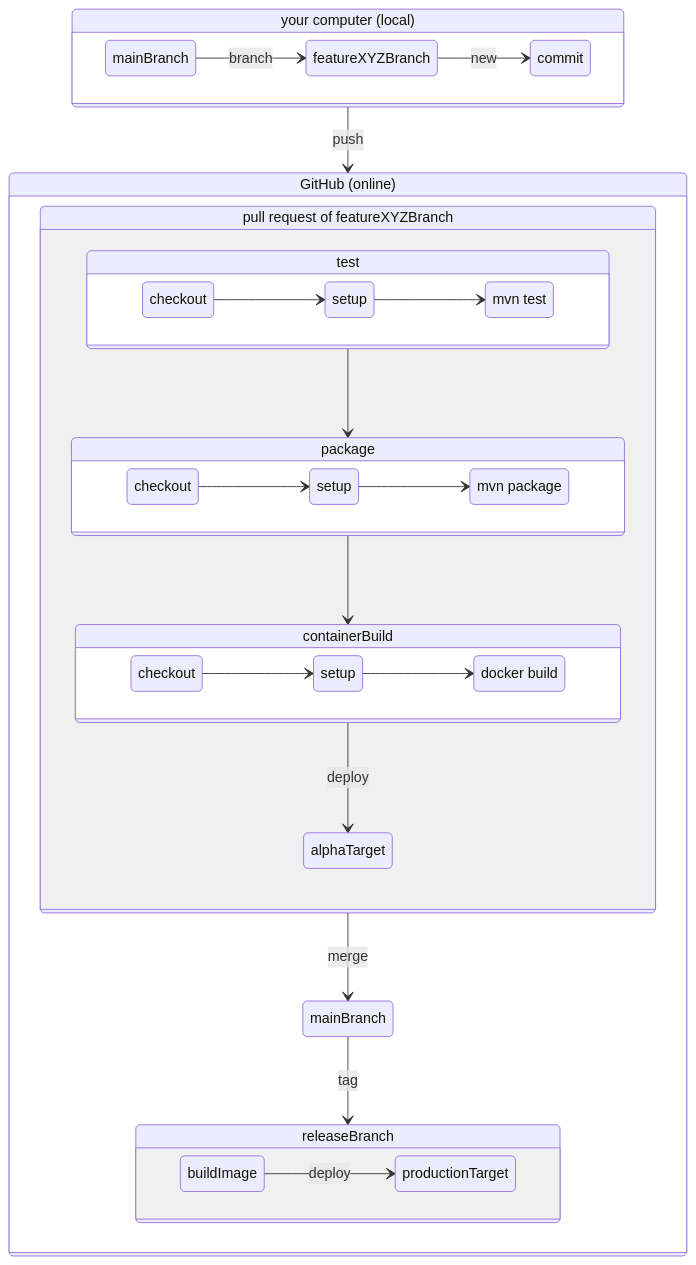
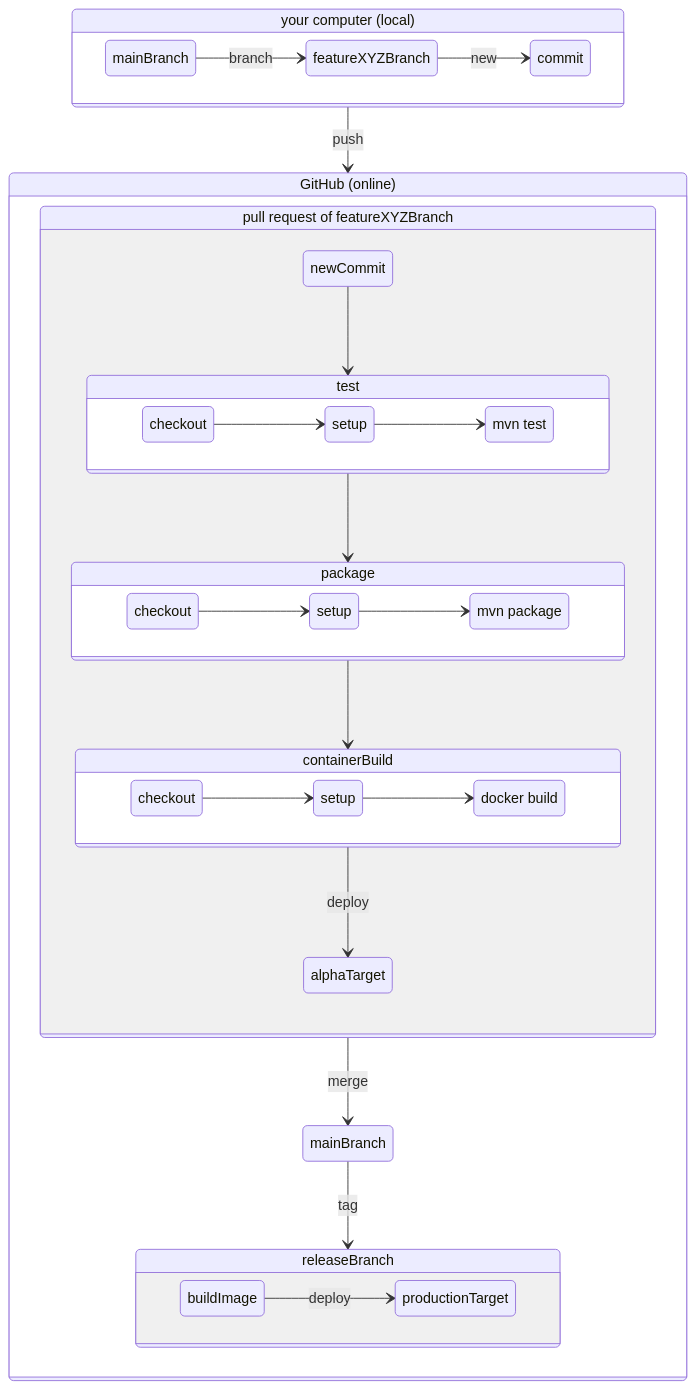
The second of 2 diagrams in README.md (hsd-inflab/se3), drawn with Mermaid before and after one commit. The commit also changed other lines of this file and 3 other files, not shown here.

````diff
--- a/README.md
+++ b/README.md
@@ -46,64 +46,64 @@
 ```mermaid
 stateDiagram
   local: your computer (local)
   localMain: mainBranch
   localFeature: featureXYZBranch
   
   online: GitHub (online)
   pr: pull request of featureXYZBranch
   onlineMain: mainBranch
   onlineRelease: releaseBranch
   containerTest: test
   containerTestCheckout: checkout
   containerTestSetup: setup
   containerTestTest: mvn test
   containerPackage: package
   containerPackageCheckout: checkout
   containerPackageSetup: setup
   containerPackagePackage: mvn package
   containerBuildImage: docker build
   containerBuildImageCheckout: checkout
   containerBuildImageSetup: setup
 
   state local {
     direction LR
     localMain --> localFeature : branch
     localFeature --> commit : new
   }
   
   local--> online : push
   state online {
 
     state pr {
-      
+      newCommit --> containerTest
       state containerTest {
         direction LR
         containerTestCheckout --> containerTestSetup
         containerTestSetup --> containerTestTest
       }
       containerTest --> containerPackage
       state containerPackage {
         direction LR
         containerPackageCheckout --> containerPackageSetup
         containerPackageSetup --> containerPackagePackage
       }
    
       state containerBuild {
         direction LR
         containerBuildImageCheckout --> containerBuildImageSetup
         containerBuildImageSetup --> containerBuildImage
       }
       containerPackage --> containerBuild
       containerBuild --> alphaTarget : deploy
     }    
     pr --> onlineMain : merge
 
     onlineMain --> onlineRelease : tag
 
     state onlineRelease {
       direction LR
       buildImage --> productionTarget : deploy
     }   
   }
   
 ```
````
